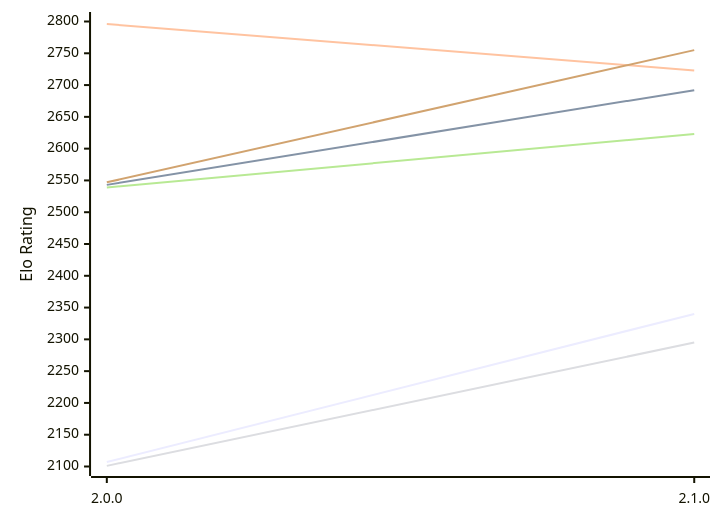
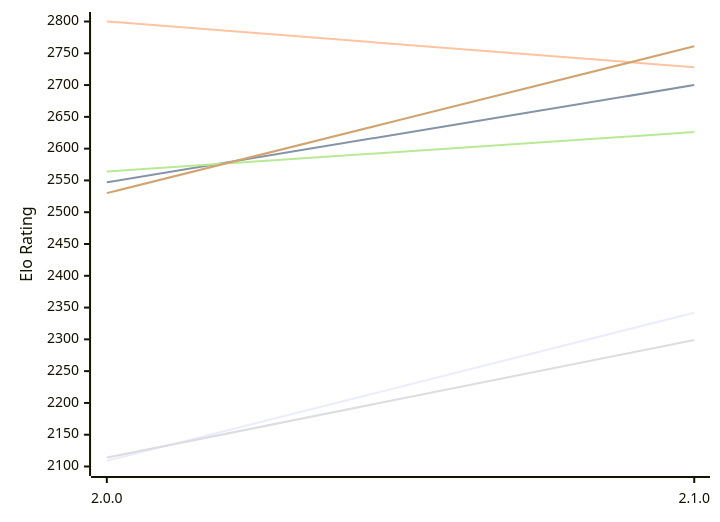
One commit to computer-chess-index/cci changed the first of 2 diagrams in engines/Ratsu.md. Above: the diagram before and after it, drawn with Mermaid. The commit also changed other lines of this file, not shown here.

Commit message:
Update CCI Ratings (ELO VLTC) - 2026-11-20

````diff
--- a/engines/Ratsu.md
+++ b/engines/Ratsu.md
@@ -54,12 +54,12 @@
 ```mermaid
 %%{init: {"theme":"base","themeVariables":{"seriesColors:['#a3a3a3','#222221','#faa371']}}}%%
 xychart-beta
   x-axis ["2.0.0", "2.1.0"]
   y-axis "Elo Rating" 2100 --> 2800
-  line "E1: STC (8.0+0.08s)" [2107, 2340]
-  line "E1: LTC (60.0+0.60s)" [2543, 2692]
-  line "E1: VLTC (2m24s+1.12s)" [2796, 2723]
-  line "P1: STC (8.0+0.08s)" [2101, 2295]
-  line "P1: LTC (60.0+0.60s)" [2539, 2623]
-  line "P1: VLTC (2m24s+1.12s)" [2547, 2755]
+  line "E1: STC (8.0+0.08s)" [2109, 2342]
+  line "E1: LTC (60.0+0.60s)" [2547, 2700]
+  line "E1: VLTC (2m24s+1.12s)" [2800, 2728]
+  line "P1: STC (8.0+0.08s)" [2114, 2299]
+  line "P1: LTC (60.0+0.60s)" [2564, 2626]
+  line "P1: VLTC (2m24s+1.12s)" [2530, 2761]
 ```
````
